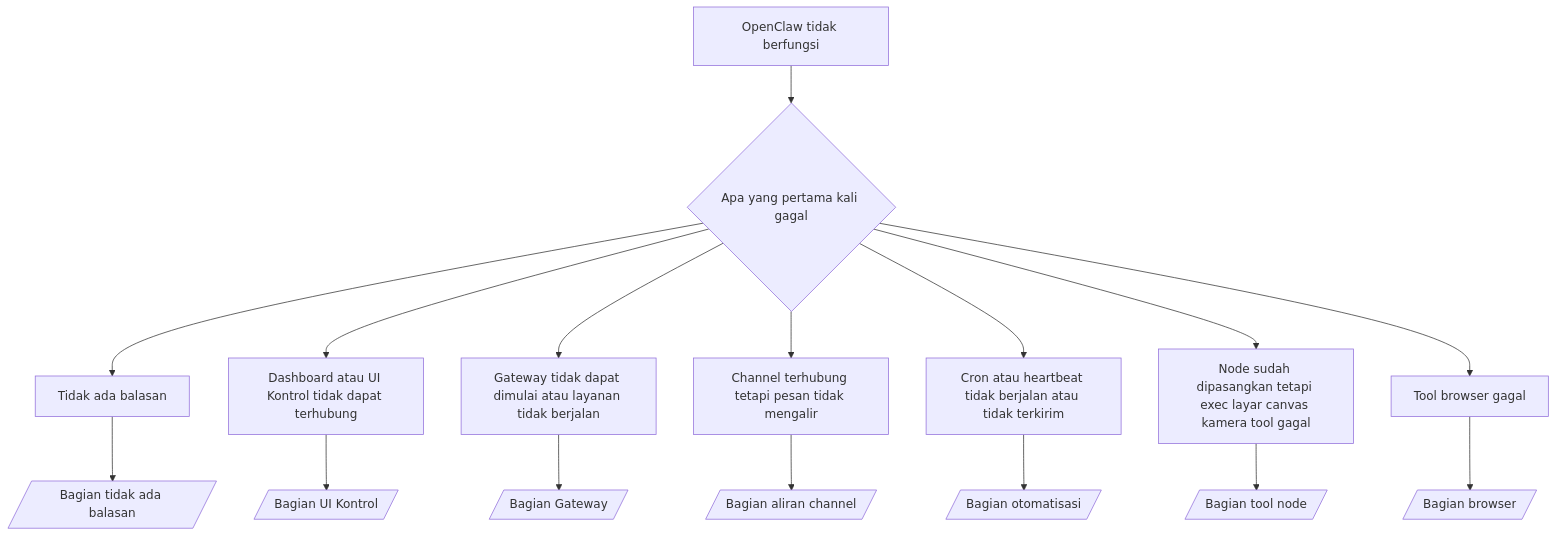
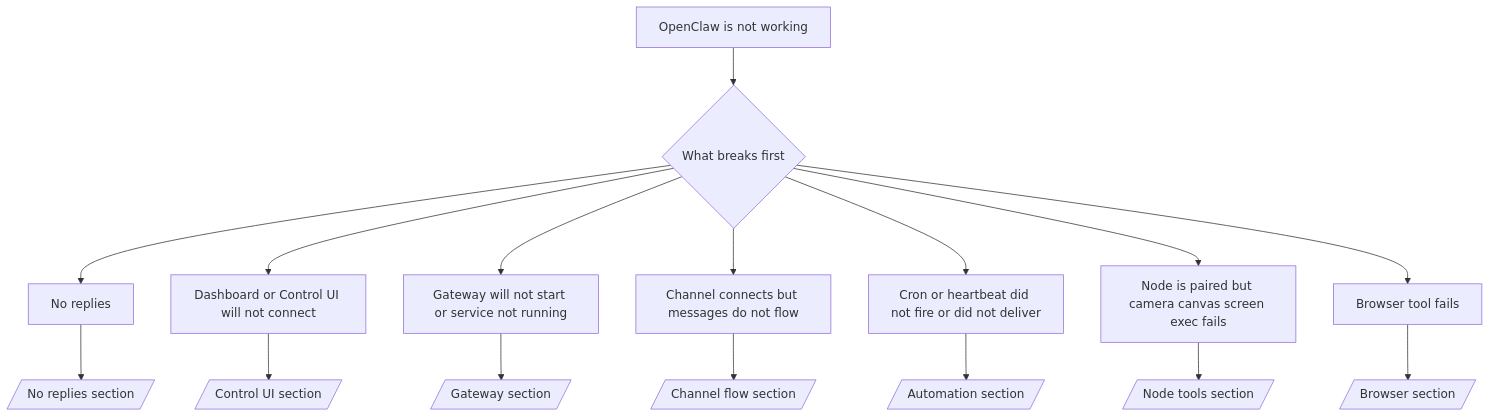
The diagram in docs/id/help/troubleshooting.md (openclaw/docs), drawn with Mermaid before and after one commit. The commit also changed other lines of this file and 29 other files, not shown here.

````diff
--- a/docs/id/help/troubleshooting.md
+++ b/docs/id/help/troubleshooting.md
@@ -79,19 +94,19 @@
 ```mermaid
 flowchart TD
-  A[OpenClaw tidak berfungsi] --> B{Apa yang pertama kali gagal}
-  B --> C[Tidak ada balasan]
-  B --> D[Dashboard atau UI Kontrol tidak dapat terhubung]
-  B --> E[Gateway tidak dapat dimulai atau layanan tidak berjalan]
-  B --> F[Channel terhubung tetapi pesan tidak mengalir]
-  B --> G[Cron atau heartbeat tidak berjalan atau tidak terkirim]
-  B --> H[Node sudah dipasangkan tetapi exec layar canvas kamera tool gagal]
-  B --> I[Tool browser gagal]
+  A[OpenClaw is not working] --> B{What breaks first}
+  B --> C[No replies]
+  B --> D[Dashboard or Control UI will not connect]
+  B --> E[Gateway will not start or service not running]
+  B --> F[Channel connects but messages do not flow]
+  B --> G[Cron or heartbeat did not fire or did not deliver]
+  B --> H[Node is paired but camera canvas screen exec fails]
+  B --> I[Browser tool fails]
 
-  C --> C1[/Bagian tidak ada balasan/]
-  D --> D1[/Bagian UI Kontrol/]
-  E --> E1[/Bagian Gateway/]
-  F --> F1[/Bagian aliran channel/]
-  G --> G1[/Bagian otomatisasi/]
-  H --> H1[/Bagian tool node/]
-  I --> I1[/Bagian browser/]
+  C --> C1[/No replies section/]
+  D --> D1[/Control UI section/]
+  E --> E1[/Gateway section/]
+  F --> F1[/Channel flow section/]
+  G --> G1[/Automation section/]
+  H --> H1[/Node tools section/]
+  I --> I1[/Browser section/]
 ```
````
